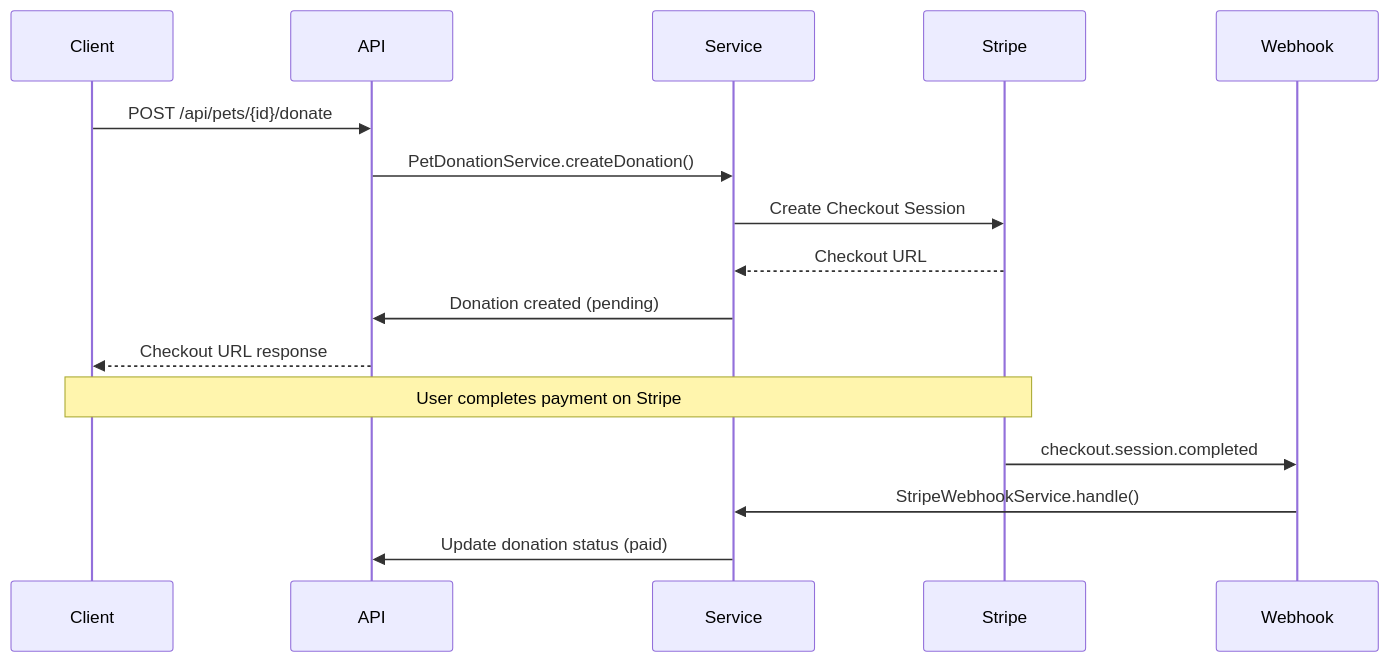
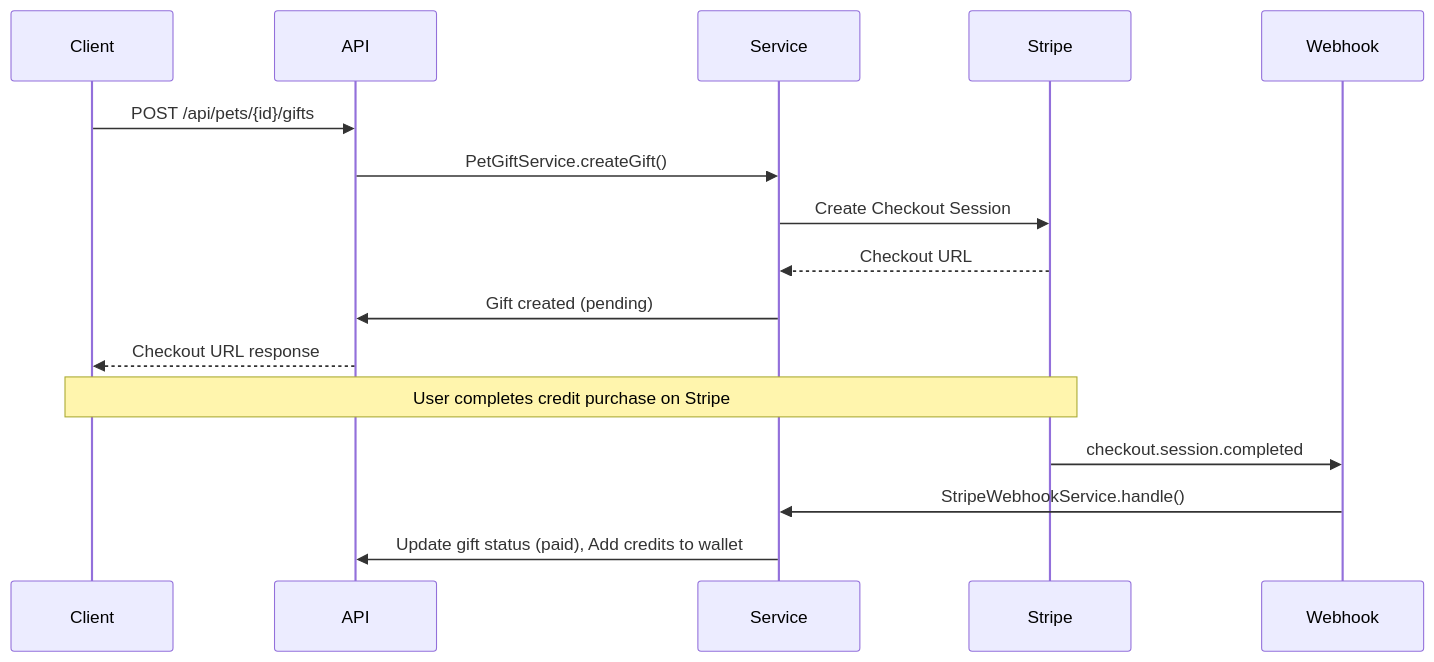
Before and after one commit to slightlyprivate/petcare-companion: the second of 4 diagrams in docs/architecture.md, drawn with Mermaid. The commit also changed other lines of this file and 59 other files, not shown here.

First line of the commit message:
feat: implement gift receipt export and user data compliance tests

````diff
--- a/docs/architecture.md
+++ b/docs/architecture.md
@@ -156,21 +166,21 @@
 ```mermaid
 sequenceDiagram
     participant Client
     participant API
     participant Service
     participant Stripe
     participant Webhook
 
-    Client->>API: POST /api/pets/{id}/donate
-    API->>Service: PetDonationService.createDonation()
+    Client->>API: POST /api/pets/{id}/gifts
+    API->>Service: PetGiftService.createGift()
     Service->>Stripe: Create Checkout Session
     Stripe-->>Service: Checkout URL
-    Service->>API: Donation created (pending)
+    Service->>API: Gift created (pending)
     API-->>Client: Checkout URL response
 
-    Note over Client,Stripe: User completes payment on Stripe
+    Note over Client,Stripe: User completes credit purchase on Stripe
 
     Stripe->>Webhook: checkout.session.completed
     Webhook->>Service: StripeWebhookService.handle()
-    Service->>API: Update donation status (paid)
+    Service->>API: Update gift status (paid), Add credits to wallet
 ```
````
